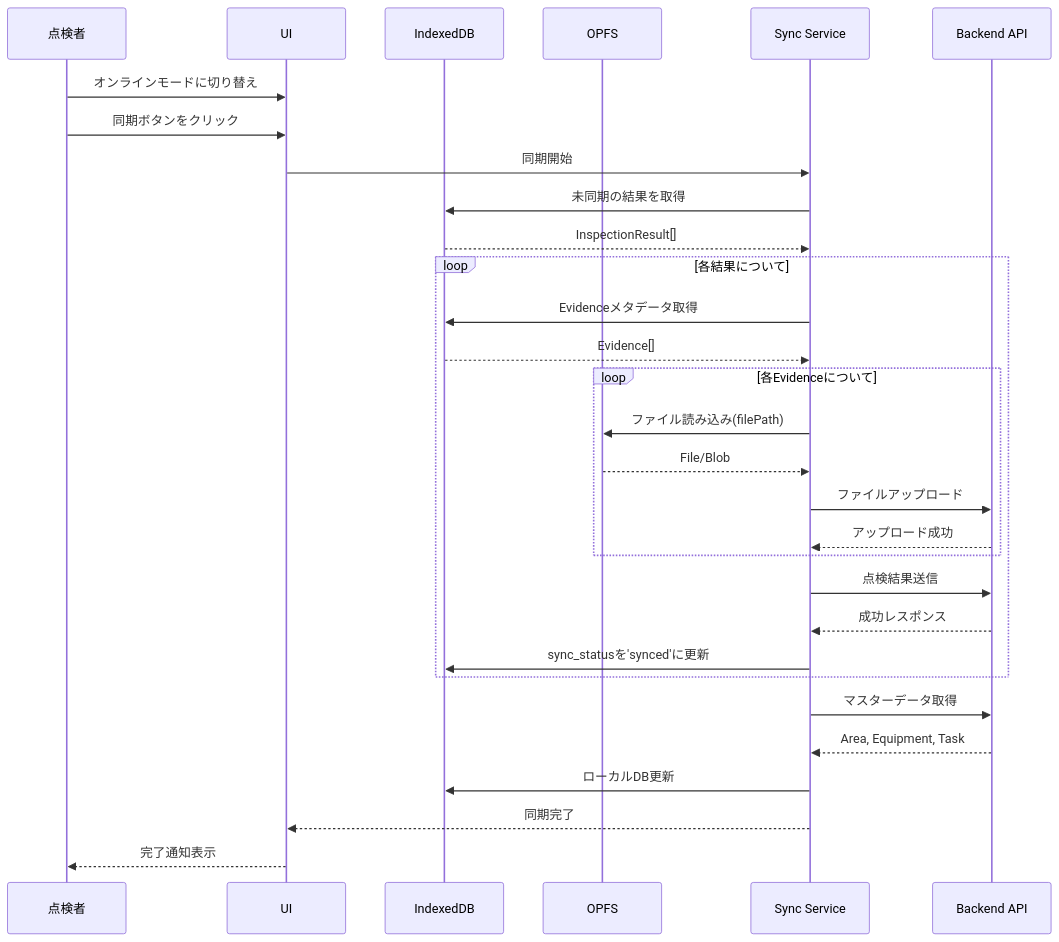
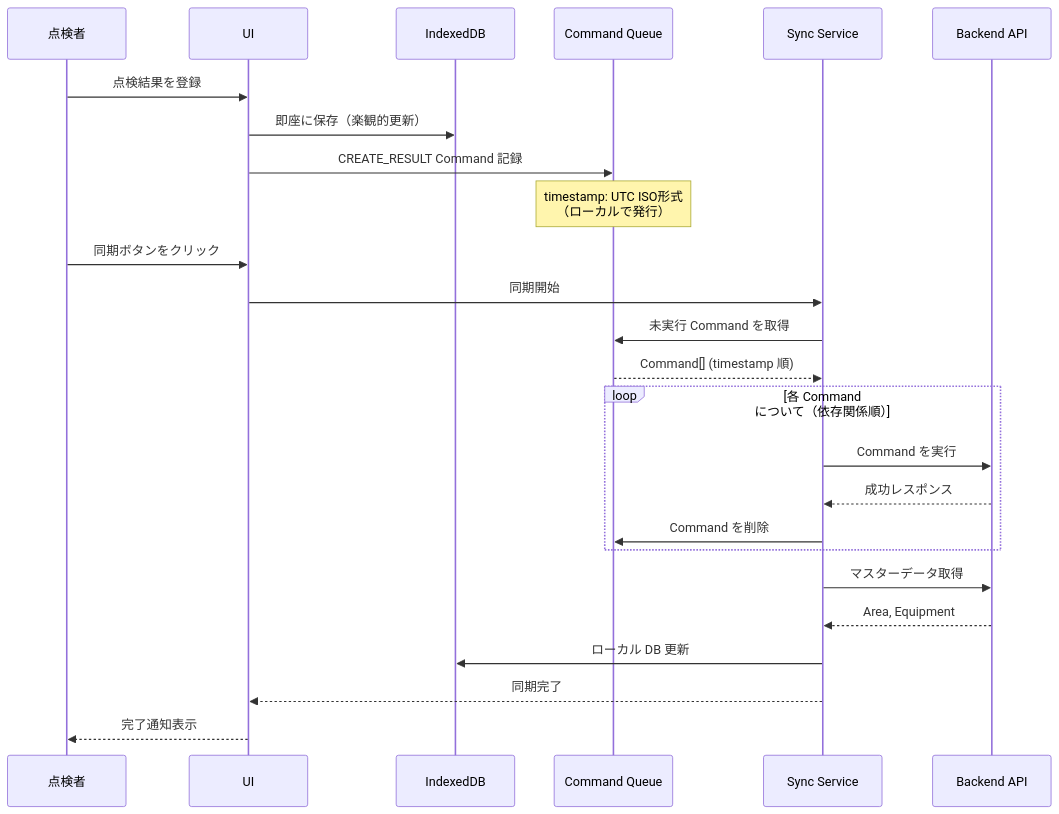
One commit to funayamateppei/local_bridge changed the third of 3 diagrams in README.md. Above: the diagram before and after it, drawn with Mermaid. The commit also changed other lines of this file and 15 other files, not shown here.

````diff
--- a/README.md
+++ b/README.md
@@ -209,40 +236,33 @@
 ```mermaid
 sequenceDiagram
     participant User as 点検者
     participant UI
     participant LocalDB as IndexedDB
-    participant OPFS
+    participant CommandQueue as Command Queue
     participant Sync as Sync Service
     participant API as Backend API
 
-    User->>UI: オンラインモードに切り替え
+    User->>UI: 点検結果を登録
+    UI->>LocalDB: 即座に保存（楽観的更新）
+    UI->>CommandQueue: CREATE_RESULT Command 記録
+    Note over CommandQueue: timestamp: UTC ISO形式<br/>（ローカルで発行）
+
     User->>UI: 同期ボタンをクリック
-
     UI->>Sync: 同期開始
 
-    Sync->>LocalDB: 未同期の結果を取得
-    LocalDB-->>Sync: InspectionResult[]
+    Sync->>CommandQueue: 未実行 Command を取得
+    CommandQueue-->>Sync: Command[] (timestamp 順)
 
-    loop 各結果について
-        Sync->>LocalDB: Evidenceメタデータ取得
-        LocalDB-->>Sync: Evidence[]
-
-        loop 各Evidenceについて
-            Sync->>OPFS: ファイル読み込み(filePath)
-            OPFS-->>Sync: File/Blob
-            Sync->>API: ファイルアップロード
-            API-->>Sync: アップロード成功
-        end
-
-        Sync->>API: 点検結果送信
+    loop 各 Command について（依存関係順）
+        Sync->>API: Command を実行
         API-->>Sync: 成功レスポンス
-        Sync->>LocalDB: sync_statusを'synced'に更新
+        Sync->>CommandQueue: Command を削除
     end
 
     Sync->>API: マスターデータ取得
-    API-->>Sync: Area, Equipment, Task
-    Sync->>LocalDB: ローカルDB更新
+    API-->>Sync: Area, Equipment
+    Sync->>LocalDB: ローカル DB 更新
 
     Sync-->>UI: 同期完了
     UI-->>User: 完了通知表示
 ```
````
